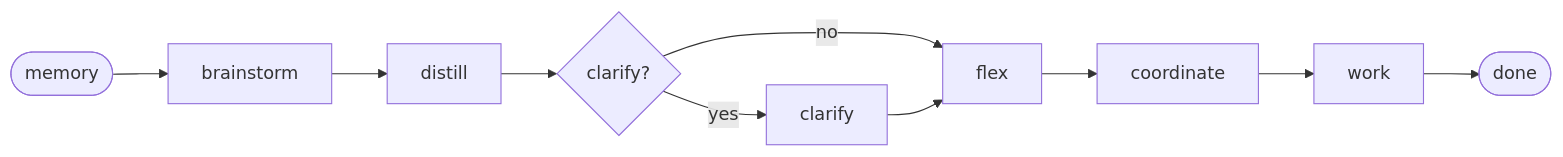
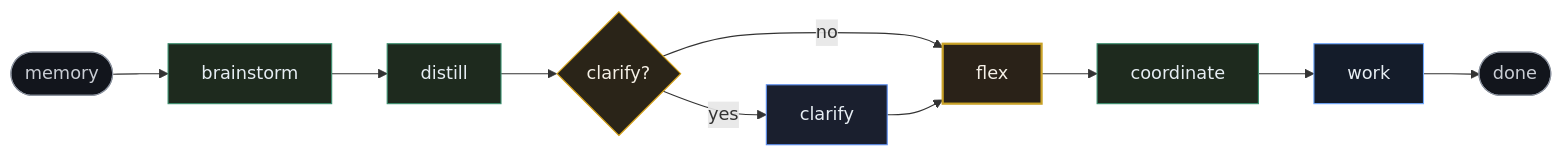
The third of 4 diagrams in README.md (landjunge/gnom-hub-v1), drawn with Mermaid before and after one commit. The commit also changed other lines of this file and 3 other files, not shown here.

First line of the commit message:
docs: deepen Mermaid styling classes (shared palette)

````diff
--- a/README.md
+++ b/README.md
@@ -272,12 +275,19 @@
 ```mermaid
 flowchart LR
-  M([memory]) --> B[brainstorm]
-  B --> D[distill]
-  D --> C{clarify?}
-  C -->|yes| CL[clarify]
-  C -->|no| F[flex]
+  M([memory]):::terminal --> B[brainstorm]:::core
+  B --> D[distill]:::core
+  D --> C{clarify?}:::gate
+  C -->|yes| CL[clarify]:::ui
+  C -->|no| F[flex]:::locked
   CL --> F
-  F --> CO[coordinate]
-  CO --> W[work]
-  W --> DONE([done])
+  F --> CO[coordinate]:::core
+  CO --> W[work]:::work
+  W --> DONE([done]):::terminal
+
+  classDef ui fill:#1a1f2e,stroke:#5b8def,color:#e6edf3,stroke-width:1px
+  classDef core fill:#1e2a1e,stroke:#3a8f6e,color:#e6edf3,stroke-width:1px
+  classDef locked fill:#2a2218,stroke:#c9a227,color:#f5f0e6,stroke-width:2px
+  classDef work fill:#141c2a,stroke:#6ea8fe,color:#e6edf3,stroke-width:1px
+  classDef gate fill:#2a2418,stroke:#d4a017,color:#f5f0e6,stroke-width:1px
+  classDef terminal fill:#12151c,stroke:#8b929e,color:#c9cdd4,stroke-width:1px
 ```
````
